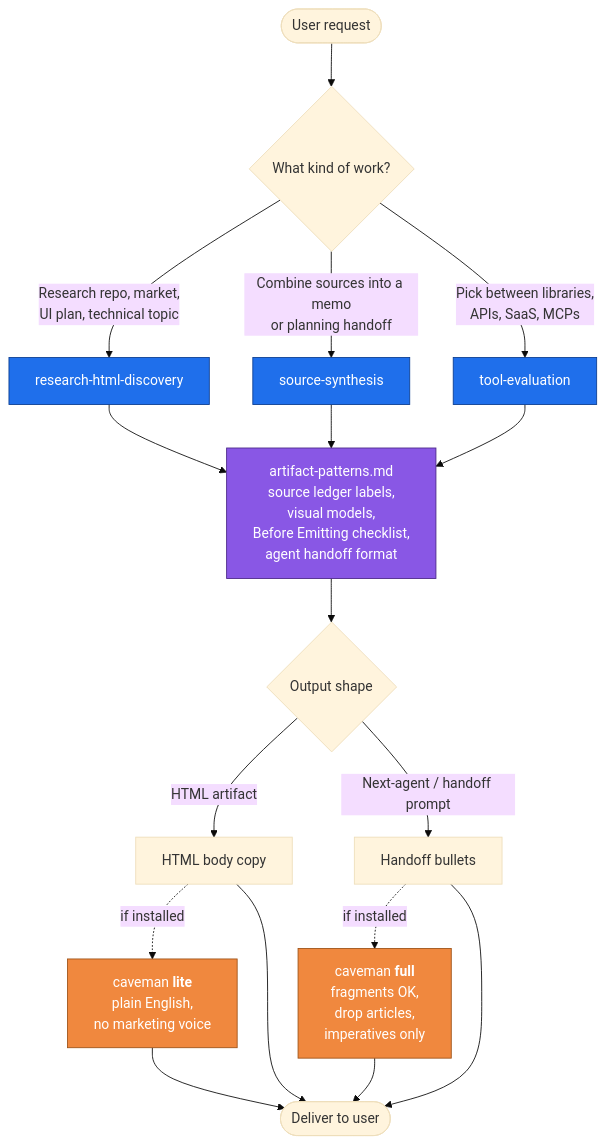
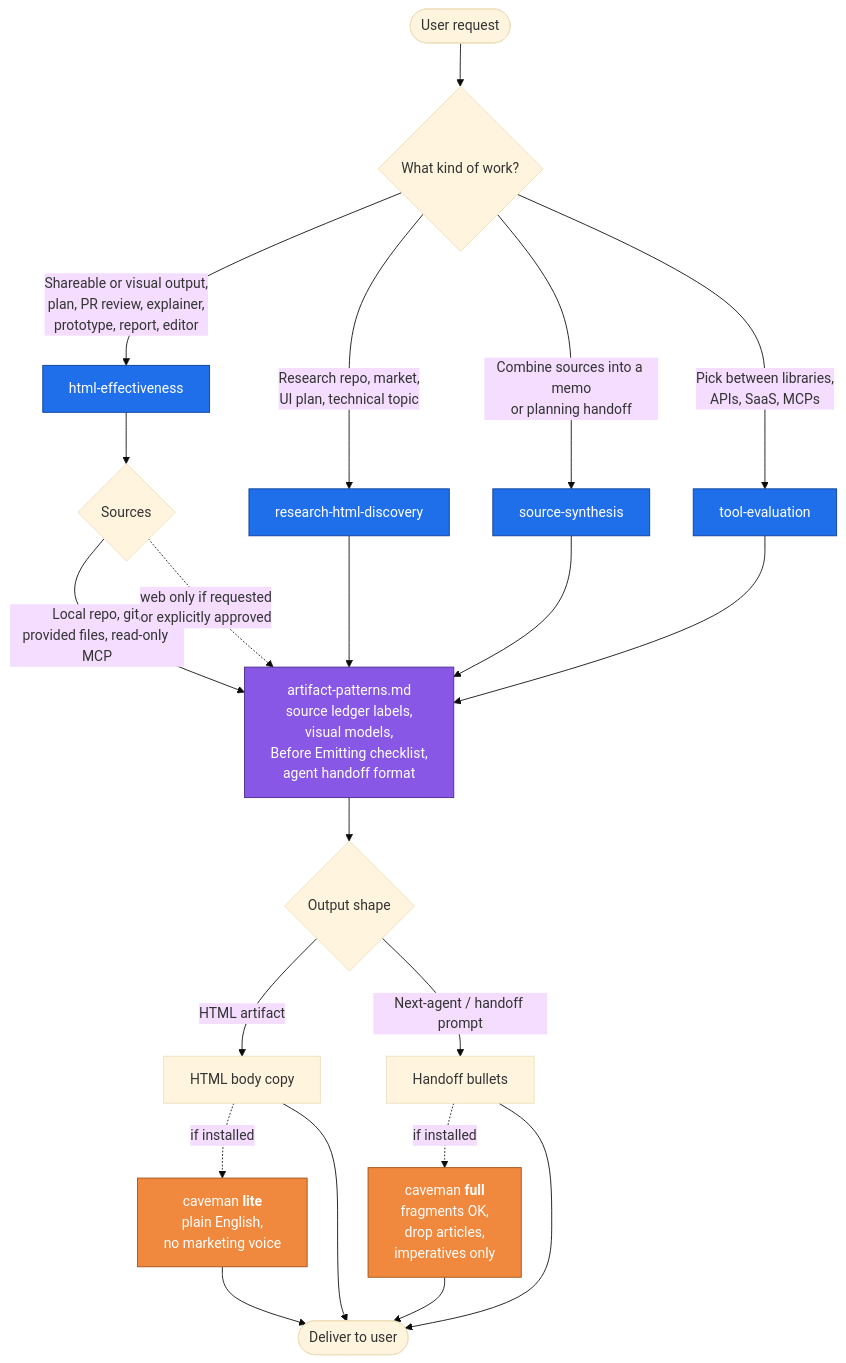
The diagram in README.md (thisguymartin/scribble), drawn with Mermaid (base theme) before and after one commit. The commit also changed other lines of this file and 10 other files, not shown here.

````diff
--- a/README.md
+++ b/README.md
@@ -50,31 +51,35 @@
 ```mermaid
 flowchart TD
     U([User request]) --> R{What kind of work?}
 
+    R -->|Shareable or visual output,<br/>plan, PR review, explainer,<br/>prototype, report, editor| HE[html-effectiveness]
     R -->|Research repo, market,<br/>UI plan, technical topic| RHD[research-html-discovery]
     R -->|Combine sources into a memo<br/>or planning handoff| SS[source-synthesis]
     R -->|Pick between libraries,<br/>APIs, SaaS, MCPs| TE[tool-evaluation]
 
+    HE --> SRC{Sources}
+    SRC -->|Local repo, git,<br/>provided files, read-only MCP| AP[artifact-patterns.md<br/>source ledger labels,<br/>visual models,<br/>Before Emitting checklist,<br/>agent handoff format]
+    SRC -. web only if requested<br/>or explicitly approved .-> AP
     RHD --> AP[artifact-patterns.md<br/>source ledger labels,<br/>visual models,<br/>Before Emitting checklist,<br/>agent handoff format]
     SS --> AP
     TE --> AP
 
     AP --> OUT{Output shape}
     OUT -->|HTML artifact| HTML[HTML body copy]
     OUT -->|Next-agent / handoff prompt| HAND[Handoff bullets]
 
     HTML -.if installed.-> CMLITE[caveman <b>lite</b><br/>plain English,<br/>no marketing voice]
     HAND -.if installed.-> CMFULL[caveman <b>full</b><br/>fragments OK,<br/>drop articles,<br/>imperatives only]
 
     CMLITE --> DELIVER([Deliver to user])
     CMFULL --> DELIVER
     HTML --> DELIVER
     HAND --> DELIVER
 
     classDef skill fill:#1f6feb,stroke:#0b3d91,color:#fff;
     classDef shared fill:#8957e5,stroke:#4c2889,color:#fff;
     classDef caveman fill:#f0883e,stroke:#9e5217,color:#fff;
-    class RHD,SS,TE skill;
+    class HE,RHD,SS,TE skill;
     class AP shared;
     class CMLITE,CMFULL caveman;
 ```
````
